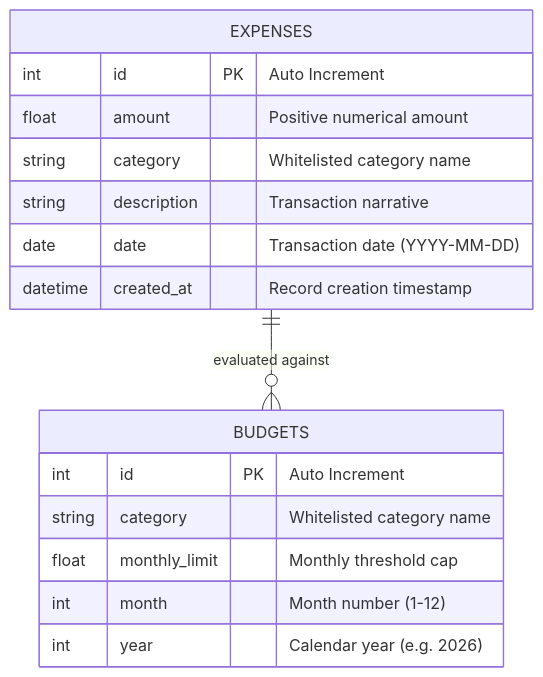
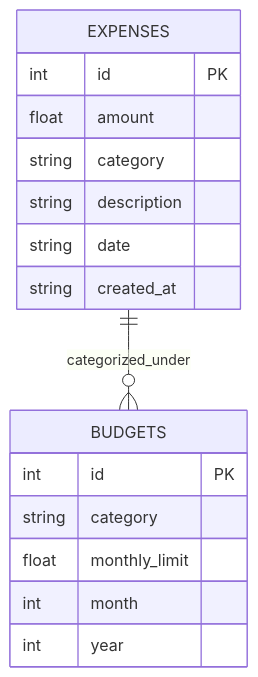
One commit to Anshuman-Raj-07/spendwise changed the second of 2 diagrams in README.md. Above: the diagram before and after it, drawn with Mermaid. The commit also changed other lines of this file, not shown here.

Commit message:
docs: fix Mermaid diagram syntax for GitHub rendering compatibility

````diff
--- a/README.md
+++ b/README.md
@@ -145,21 +142,19 @@
 ```mermaid
 erDiagram
+    EXPENSES ||--o{ BUDGETS : categorized_under
     EXPENSES {
-        int id PK "Auto Increment"
-        float amount "Positive numerical amount"
-        string category "Whitelisted category name"
-        string description "Transaction narrative"
-        date date "Transaction date (YYYY-MM-DD)"
-        datetime created_at "Record creation timestamp"
+        int id PK
+        float amount
+        string category
+        string description
+        string date
+        string created_at
     }
-
     BUDGETS {
-        int id PK "Auto Increment"
-        string category "Whitelisted category name"
-        float monthly_limit "Monthly threshold cap"
-        int month "Month number (1-12)"
-        int year "Calendar year (e.g. 2026)"
+        int id PK
+        string category
+        float monthly_limit
+        int month
+        int year
     }
-
-    EXPENSES ||--o{ BUDGETS : "evaluated against"
 ```
````
